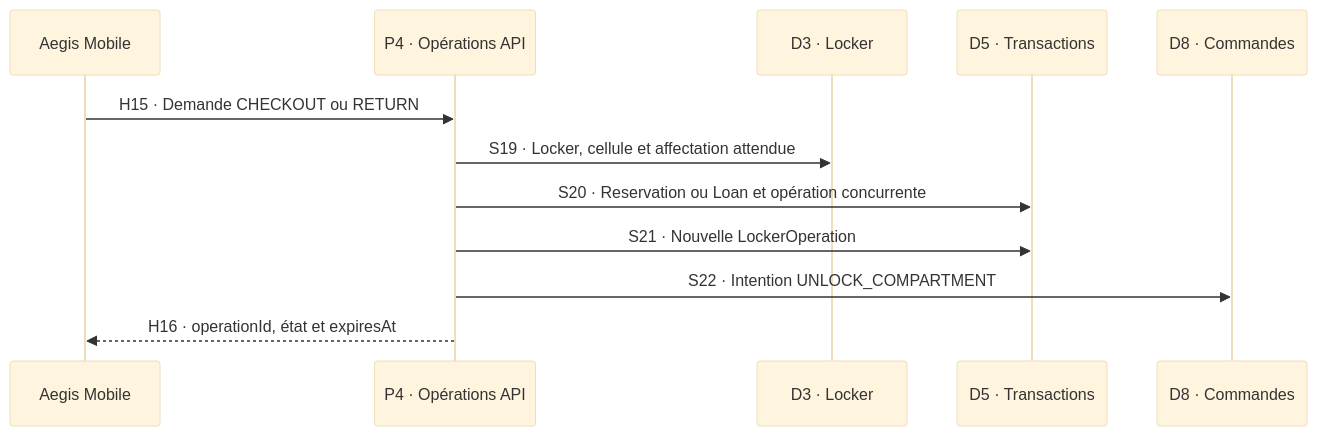
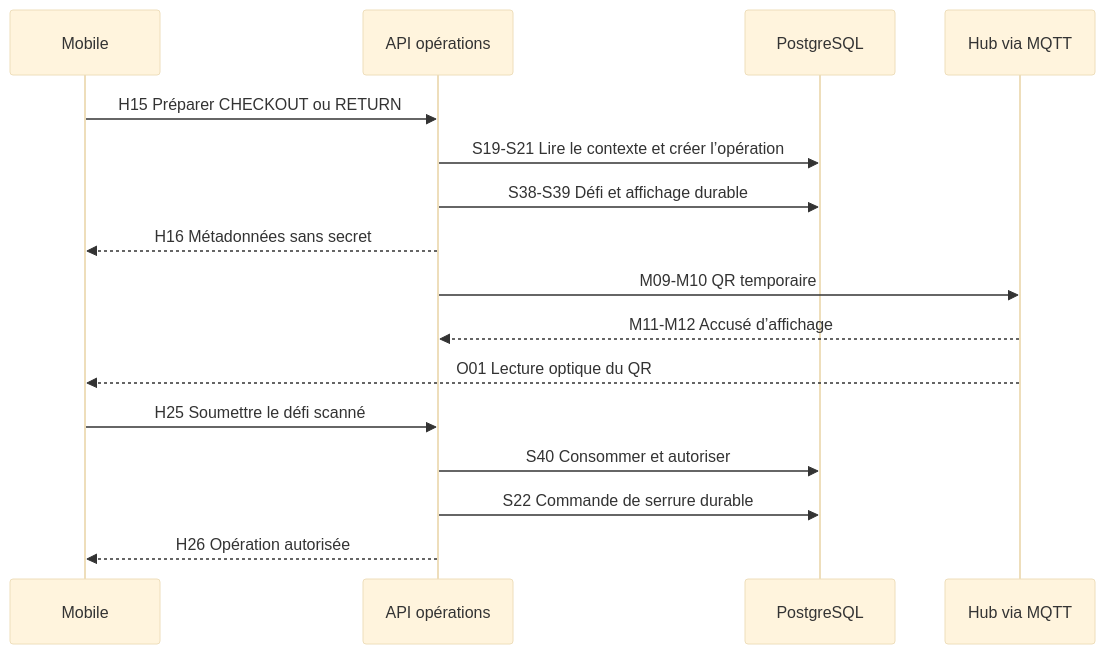
The eighth of 14 diagrams in docs/cahier-conception/07-flux-de-donnees.md (PhilJordan18/aegis), drawn with Mermaid (base theme) before and after one commit. The commit also changed other lines of this file and 12 other files, not shown here.

````diff
--- a/docs/cahier-conception/07-flux-de-donnees.md
+++ b/docs/cahier-conception/07-flux-de-donnees.md
@@ -331,15 +339,18 @@
 ```mermaid
 sequenceDiagram
-    participant M as Aegis Mobile
-    participant P as P4 · Opérations API
-    participant D3 as D3 · Locker
-    participant D5 as D5 · Transactions
-    participant D8 as D8 · Commandes
-
-    M->>P: H15 · Demande CHECKOUT ou RETURN
-    P->>D3: S19 · Locker, cellule et affectation attendue
-    P->>D5: S20 · Reservation ou Loan et opération concurrente
-    P->>D5: S21 · Nouvelle LockerOperation
-    P->>D8: S22 · Intention UNLOCK_COMPARTMENT
-    P-->>M: H16 · operationId, état et expiresAt
+    participant M as Mobile
+    participant P as API opérations
+    participant D as PostgreSQL
+    participant H as Hub via MQTT
+    M->>P: H15 Préparer CHECKOUT ou RETURN
+    P->>D: S19-S21 Lire le contexte et créer l’opération
+    P->>D: S38-S39 Défi et affichage durable
+    P-->>M: H16 Métadonnées sans secret
+    P->>H: M09-M10 QR temporaire
+    H-->>P: M11-M12 Accusé d’affichage
+    H-->>M: O01 Lecture optique du QR
+    M->>P: H25 Soumettre le défi scanné
+    P->>D: S40 Consommer et autoriser
+    P->>D: S22 Commande de serrure durable
+    P-->>M: H26 Opération autorisée
 ```
````
